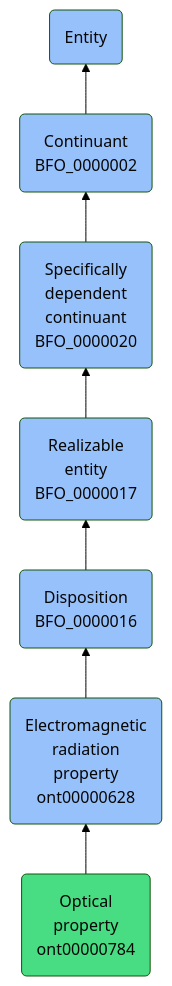
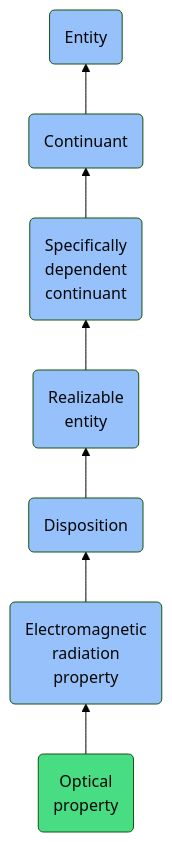
The diagram in docs/ontology/reference/model/Entity/Continuant/Specifically dependent continuant/Realizable entity/Disposition/Electromagnetic radiation property/Optical property/Optical property.md (jupyter-naas/abi), drawn with Mermaid (forest theme) before and after one commit. The commit also changed other lines of this file and 1430 other files, not shown here.

````diff
--- a/docs/ontology/reference/model/Entity/Continuant/Specifically dependent continuant/Realizable entity/Disposition/Electromagnetic radiation property/Optical property/Optical property.md
+++ b/docs/ontology/reference/model/Entity/Continuant/Specifically dependent continuant/Realizable entity/Disposition/Electromagnetic radiation property/Optical property/Optical property.md
@@ -24,14 +24,14 @@
 ```mermaid
 graph BT
-    ont00000784(Optical<br>property<br>ont00000784):::ABI-->ont00000628
-    ont00000628(Electromagnetic<br>radiation<br>property<br>ont00000628):::BFO-->BFO_0000016
-    BFO_0000016(Disposition<br>BFO_0000016):::BFO-->BFO_0000017
-    BFO_0000017(Realizable<br>entity<br>BFO_0000017):::BFO-->BFO_0000020
-    BFO_0000020(Specifically<br>dependent<br>continuant<br>BFO_0000020):::BFO-->BFO_0000002
-    BFO_0000002(Continuant<br>BFO_0000002):::BFO-->BFO_0000001
+    ont00000784(Optical<br>property):::ABI-->ont00000628
+    ont00000628(Electromagnetic<br>radiation<br>property):::BFO-->BFO_0000016
+    BFO_0000016(Disposition):::BFO-->BFO_0000017
+    BFO_0000017(Realizable<br>entity):::BFO-->BFO_0000020
+    BFO_0000020(Specifically<br>dependent<br>continuant):::BFO-->BFO_0000002
+    BFO_0000002(Continuant):::BFO-->BFO_0000001
     BFO_0000001(Entity):::BFO
     
     classDef BFO fill:#97c1fb,color:#060606
     classDef CCO fill:#e4c51e,color:#060606
     classDef ABI fill:#48DD82,color:#060606
 ```
````
